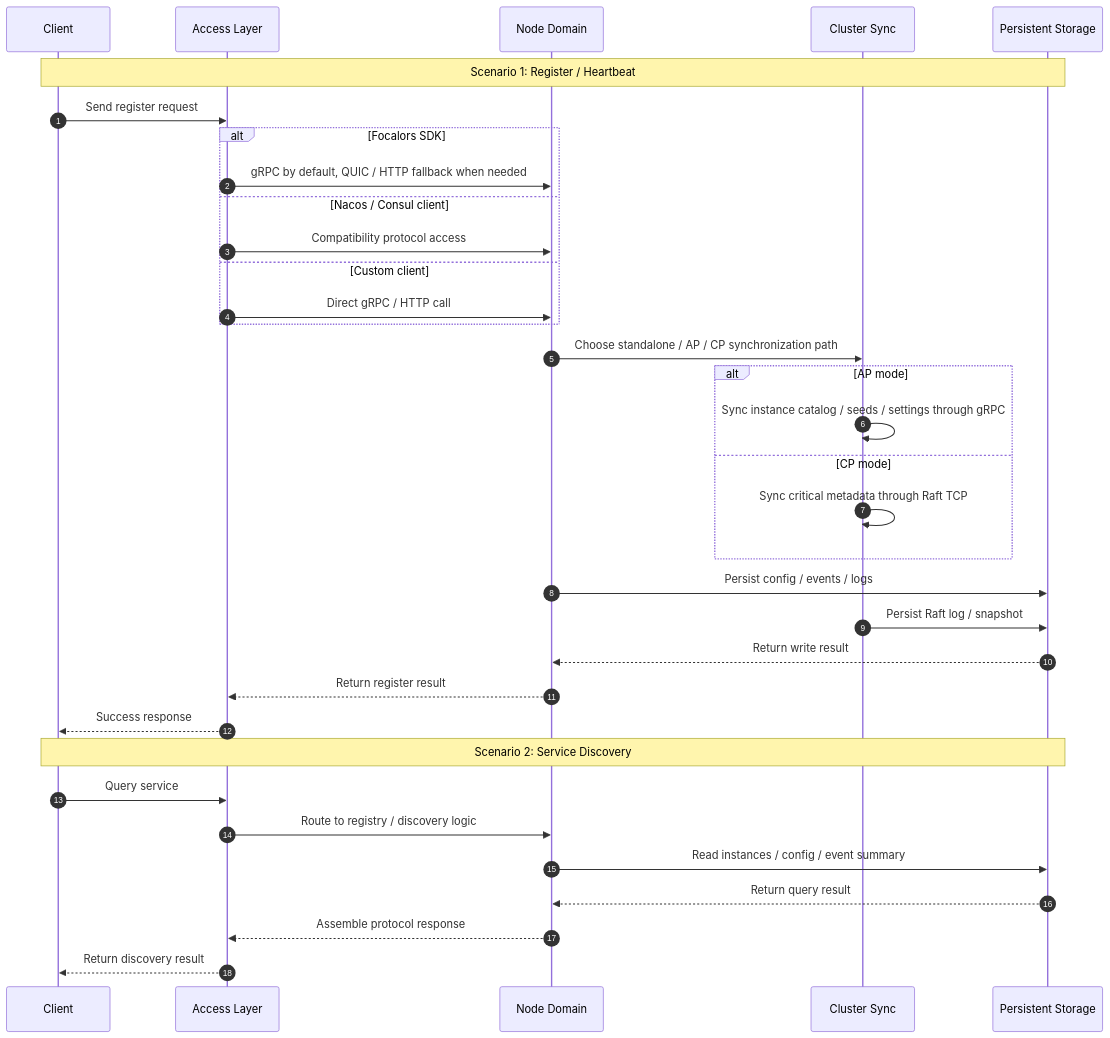
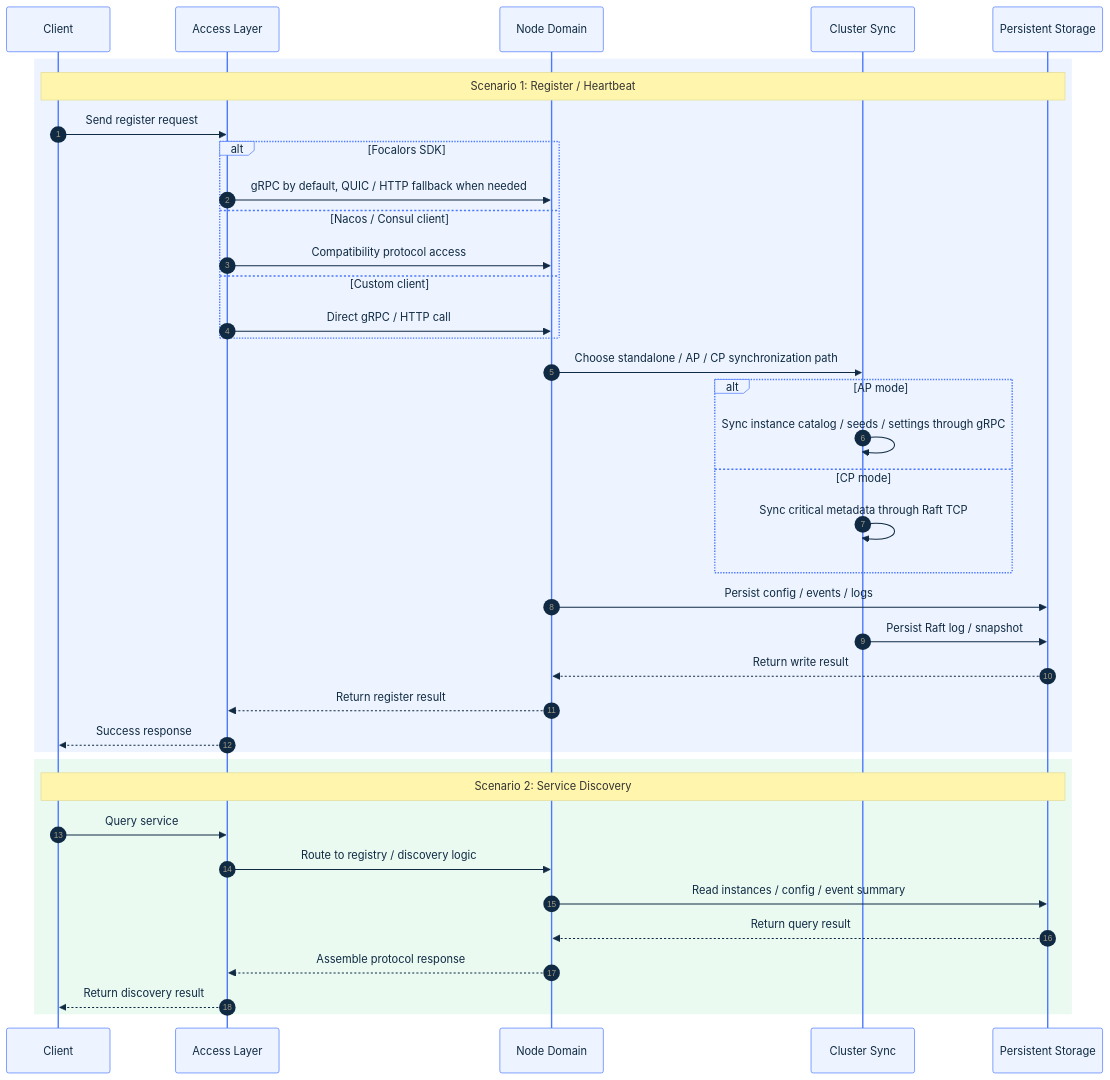
One commit to shiyindaxiaojie/eden-microservice changed the second of 2 diagrams in README.md. Above: the diagram before and after it, drawn with Mermaid. The commit also changed other lines of this file and 1 other file, not shown here.

````diff
--- a/README.md
+++ b/README.md
@@ -129,39 +211,44 @@
 ```mermaid
+%%{init: {'theme': 'base', 'themeVariables': { 'primaryColor': '#edf4ff', 'primaryTextColor': '#102a43', 'primaryBorderColor': '#4c78ff', 'lineColor': '#5c677d', 'secondaryColor': '#eafaf1', 'tertiaryColor': '#fff4e6', 'fontSize': '14px'}}}%%
 sequenceDiagram
     autonumber
 
     participant C as Client
     participant T as Access Layer
     participant F as Node Domain
     participant R as Cluster Sync
     participant D as Persistent Storage
 
+    rect rgb(237,244,255)
     Note over C,D: Scenario 1: Register / Heartbeat
     C->>T: Send register request
     alt Focalors SDK
         T->>F: gRPC by default, QUIC / HTTP fallback when needed
     else Nacos / Consul client
         T->>F: Compatibility protocol access
     else Custom client
         T->>F: Direct gRPC / HTTP call
     end
     F->>R: Choose standalone / AP / CP synchronization path
     alt AP mode
         R->>R: Sync instance catalog / seeds / settings through gRPC
     else CP mode
         R->>R: Sync critical metadata through Raft TCP
     end
     F->>D: Persist config / events / logs
     R->>D: Persist Raft log / snapshot
     D-->>F: Return write result
     F-->>T: Return register result
     T-->>C: Success response
+    end
 
+    rect rgb(234,250,241)
     Note over C,D: Scenario 2: Service Discovery
     C->>T: Query service
     T->>F: Route to registry / discovery logic
     F->>D: Read instances / config / event summary
     D-->>F: Return query result
     F-->>T: Assemble protocol response
     T-->>C: Return discovery result
+    end
 ```
````
